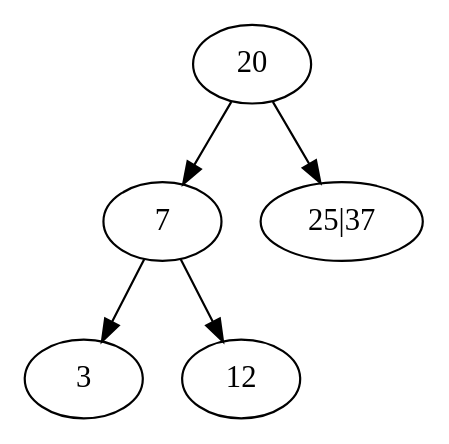
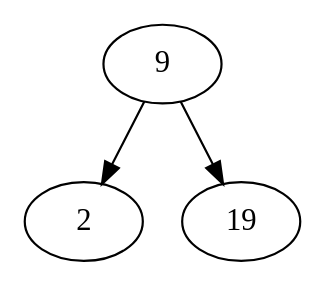
Before and after one commit to arnodeceuninck/GASTO: the diagram in Geheel/test23T.dot, drawn with Graphviz. The commit also changed 1 other file, not shown here.

```diff
--- a/Geheel/test23T.dot
+++ b/Geheel/test23T.dot
@@ -1,7 +1,5 @@
 digraph Two_Three_Tree { 
 	size=8.5
-	"20" -> "7";
-	"7" -> "3";
-	"7" -> "12";
-	"20" -> "25|37";
+	"9" -> "2";
+	"9" -> "19";
 }
```
